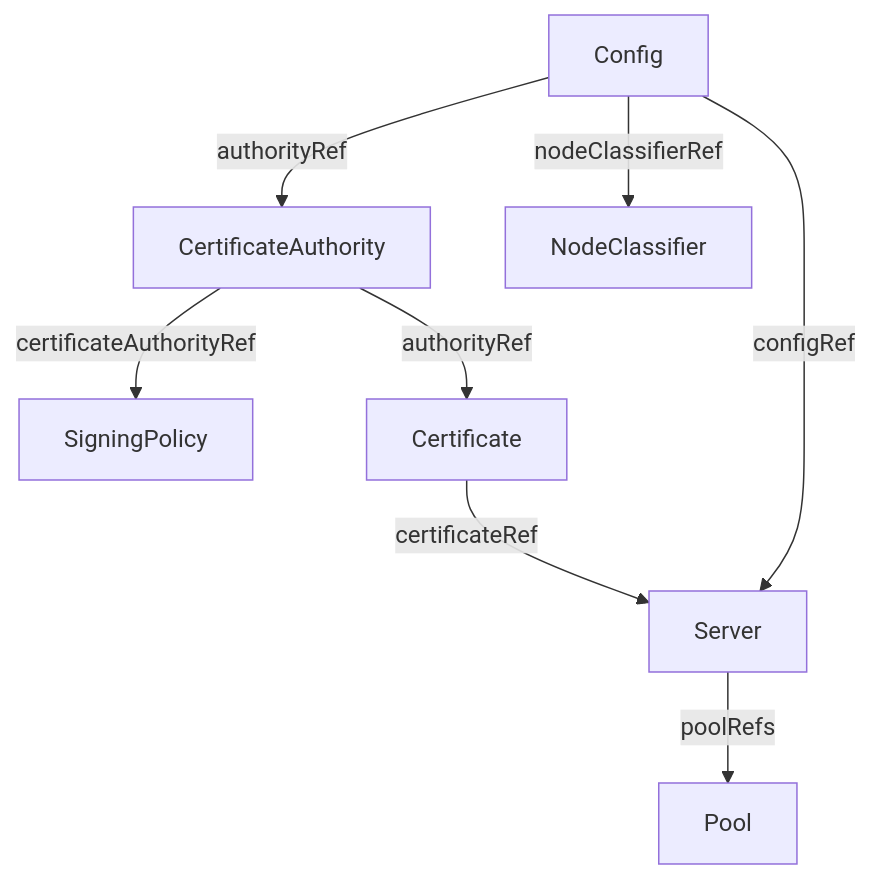
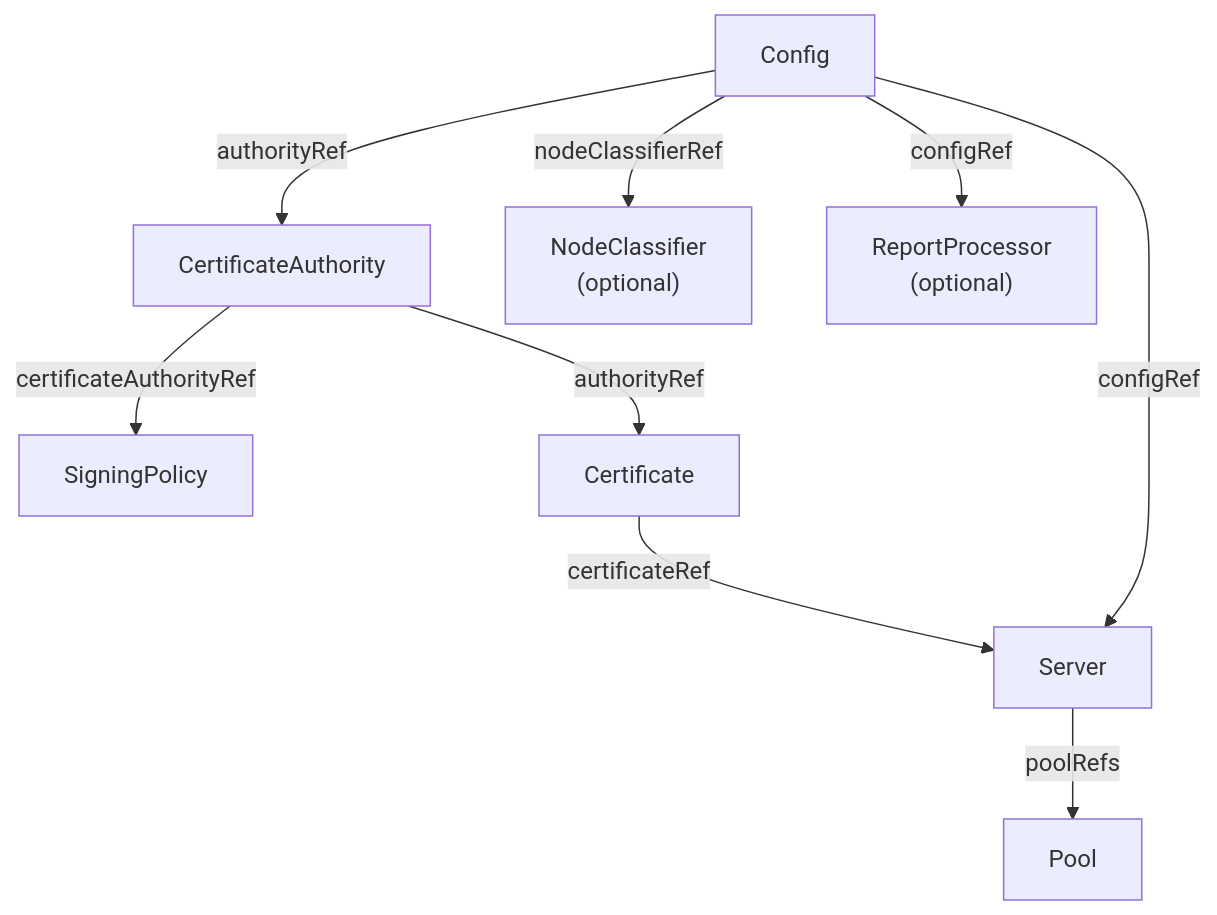
The first of 2 diagrams in docs/concepts/architecture.md (mathildabot/openvox-operator), drawn with Mermaid before and after one commit. The commit also changed other lines of this file, not shown here.

Commit message:
docs: add ReportProcessor to architecture diagram and CRD descriptions

````diff
--- a/docs/concepts/architecture.md
+++ b/docs/concepts/architecture.md
@@ -11,17 +11,19 @@
 ```mermaid
 graph TD
     Cfg["Config"]
     CA["CertificateAuthority"]
     SP["SigningPolicy"]
-    NC["NodeClassifier"]
+    NC["NodeClassifier\n(optional)"]
+    RP["ReportProcessor\n(optional)"]
     Cert["Certificate"]
     Srv["Server"]
     Pool["Pool"]
     Cfg -->|authorityRef| CA
     Cfg -->|nodeClassifierRef| NC
     CA -->|certificateAuthorityRef| SP
     CA -->|authorityRef| Cert
     Cert -->|certificateRef| Srv
     Cfg -->|configRef| Srv
+    Cfg -->|configRef| RP
     Srv -->|poolRefs| Pool
 ```
````
